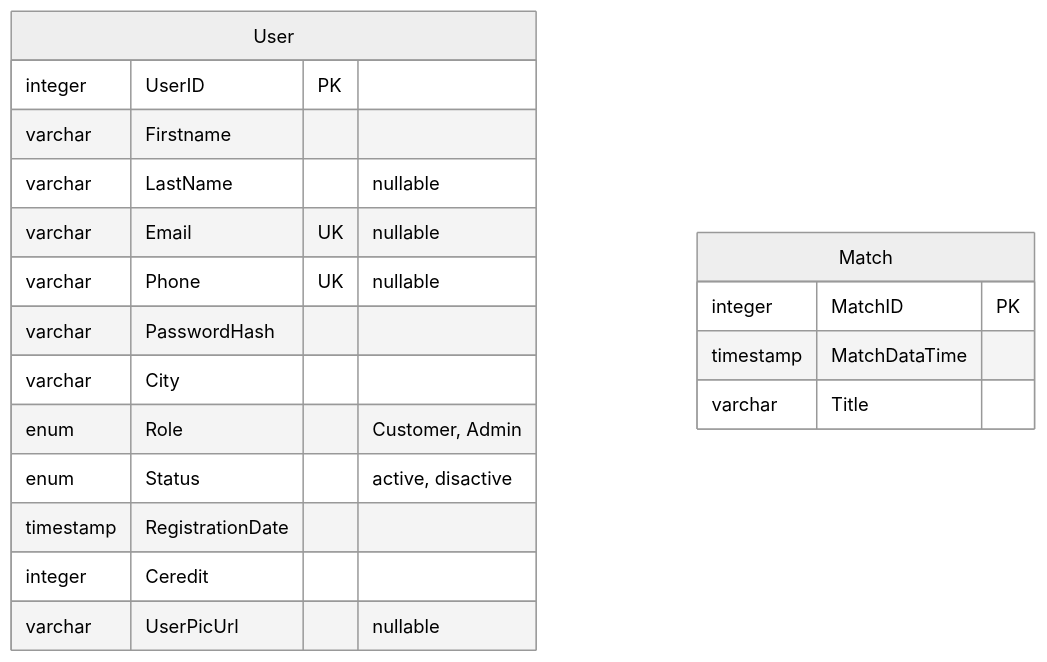
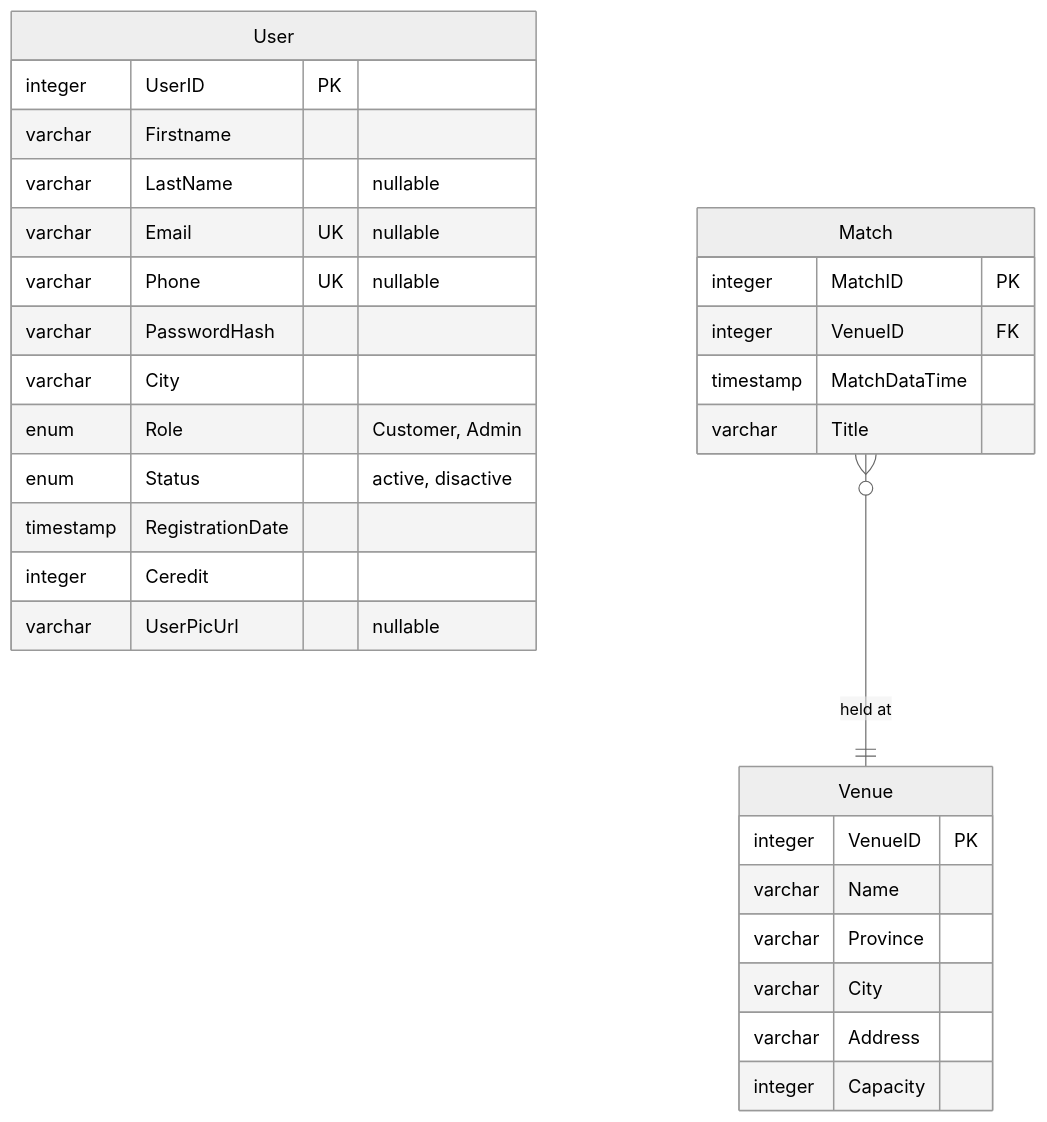
The diagram in sql.mmd (smhhd/BookTheGame), drawn with Mermaid (neutral theme) before and after one commit.

Commit message:
Adding the Venue table along with its relationships

```diff
--- a/sql.mmd
+++ b/sql.mmd
@@ -1,20 +1,34 @@
 erDiagram
     User {
         integer UserID PK
         varchar Firstname
         varchar LastName "nullable"
         varchar Email UK "nullable"
         varchar Phone UK "nullable"
         varchar PasswordHash
         varchar City
         enum Role "Customer, Admin"
         enum Status "active, disactive"
         timestamp RegistrationDate
         integer Ceredit
         varchar UserPicUrl "nullable"
     }
     Match {
         integer MatchID PK
+        integer VenueID FK
         timestamp MatchDataTime
         varchar Title
     }
+    Venue {
+        integer VenueID PK
+        varchar Name
+        varchar Province
+        varchar City
+        varchar Address
+        integer Capacity
+    }
+
+
+
+    %% Relationships
+    Match }o--|| Venue : "held at"
```
